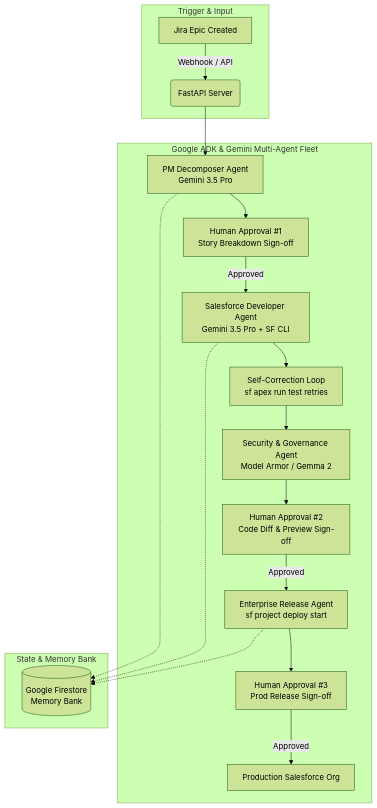
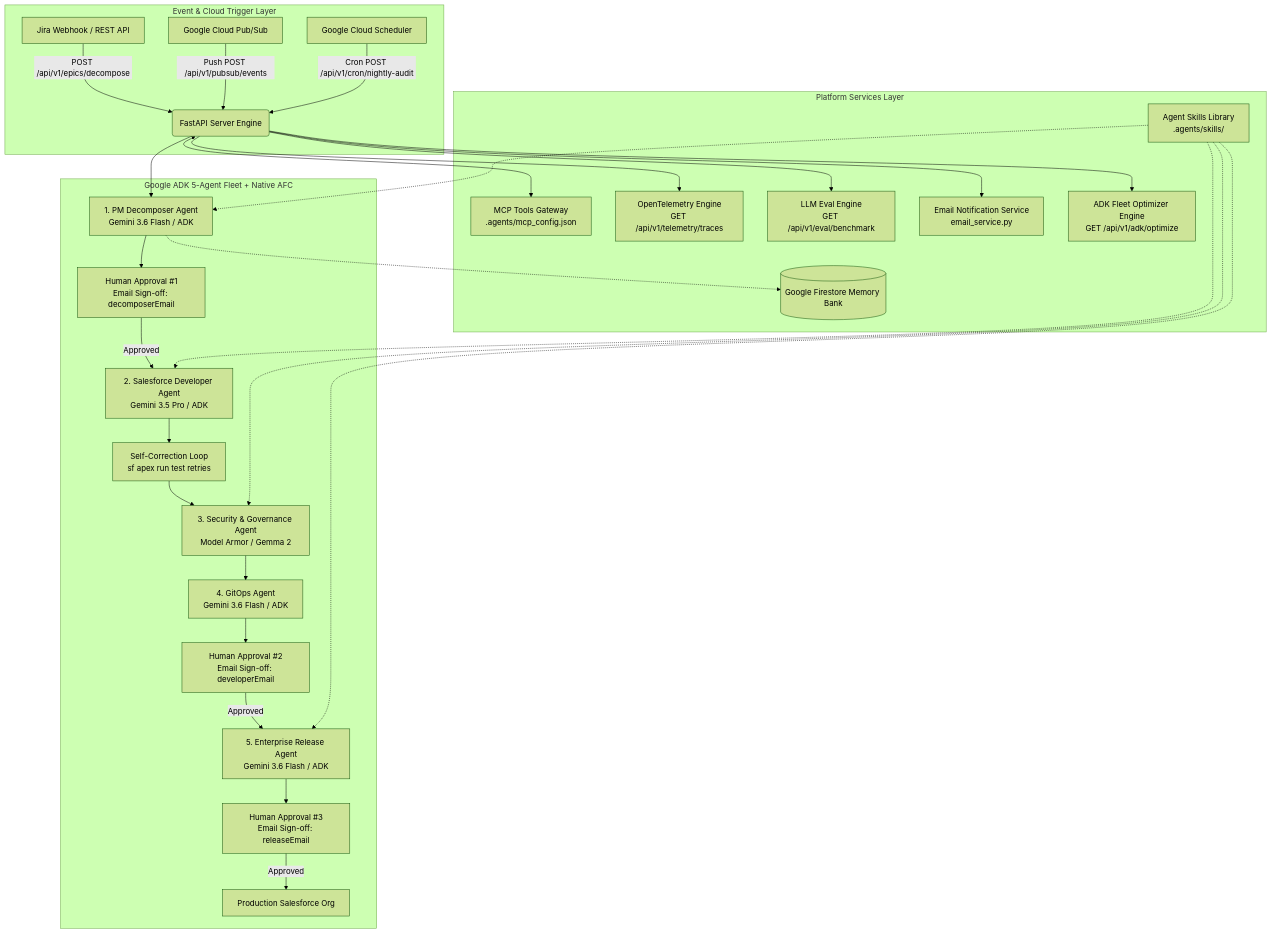
The diagram in README.md (abeymat/AllthingsAgenticGoogleHackathon), drawn with Mermaid (forest theme) before and after one commit. The commit also changed other lines of this file and 36 other files, not shown here.

Commit message:
feat(orchestrator): add Google ADK 5-agent fleet, MCP servers, evaluation engine, PubSub/Cron services, and updated README documentation

````diff
--- a/README.md
+++ b/README.md
@@ -19,24 +17,31 @@
 ```mermaid
 flowchart TD
-    subgraph Trigger & Input
-        A[Jira Epic Created] -->|Webhook / API| B(FastAPI Server)
+    subgraph Event & Cloud Trigger Layer
+        A1[Jira Webhook / REST API] -->|POST /api/v1/epics/decompose| B(FastAPI Server Engine)
+        A2[Google Cloud Pub/Sub] -->|Push POST /api/v1/pubsub/events| B
+        A3[Google Cloud Scheduler] -->|Cron POST /api/v1/cron/nightly-audit| B
     end
 
-    subgraph Google ADK & Gemini Multi-Agent Fleet
-        B --> C[PM Decomposer Agent<br/>Gemini 3.5 Pro]
-        C --> D[Human Approval #1<br/>Story Breakdown Sign-off]
-        D -->|Approved| E[Salesforce Developer Agent<br/>Gemini 3.5 Pro + SF CLI]
+    subgraph Google ADK 5-Agent Fleet + Native AFC
+        B --> C[1. PM Decomposer Agent<br/>Gemini 3.6 Flash / ADK]
+        C --> D[Human Approval #1<br/>Email Sign-off: decomposerEmail]
+        D -->|Approved| E[2. Salesforce Developer Agent<br/>Gemini 3.5 Pro / ADK]
         E --> F[Self-Correction Loop<br/>sf apex run test retries]
-        F --> G[Security & Governance Agent<br/>Model Armor / Gemma 2]
-        G --> H[Human Approval #2<br/>Code Diff & Preview Sign-off]
-        H -->|Approved| I[Enterprise Release Agent<br/>sf project deploy start]
-        I --> J[Human Approval #3<br/>Prod Release Sign-off]
-        J -->|Approved| K[Production Salesforce Org]
+        F --> G[3. Security & Governance Agent<br/>Model Armor / Gemma 2]
+        G --> H[4. GitOps Agent<br/>Gemini 3.6 Flash / ADK]
+        H --> I[Human Approval #2<br/>Email Sign-off: developerEmail]
+        I -->|Approved| J[5. Enterprise Release Agent<br/>Gemini 3.6 Flash / ADK]
+        J --> K[Human Approval #3<br/>Email Sign-off: releaseEmail]
+        K -->|Approved| L[Production Salesforce Org]
     end
 
-    subgraph State & Memory Bank
-        C -.-> L[(Google Firestore<br/>Memory Bank)]
-        E -.-> L
-        I -.-> L
+    subgraph Platform Services Layer
+        B <--> N[MCP Tools Gateway<br/>.agents/mcp_config.json]
+        S[Agent Skills Library<br/>.agents/skills/] -.-> C & E & G & J
+        B --> O[OpenTelemetry Engine<br/>GET /api/v1/telemetry/traces]
+        B --> P[LLM Eval Engine<br/>GET /api/v1/eval/benchmark]
+        B --> Q[Email Notification Service<br/>email_service.py]
+        B --> R[ADK Fleet Optimizer Engine<br/>GET /api/v1/adk/optimize]
+        C -.-> M[(Google Firestore Memory Bank)]
     end
 ```
````
